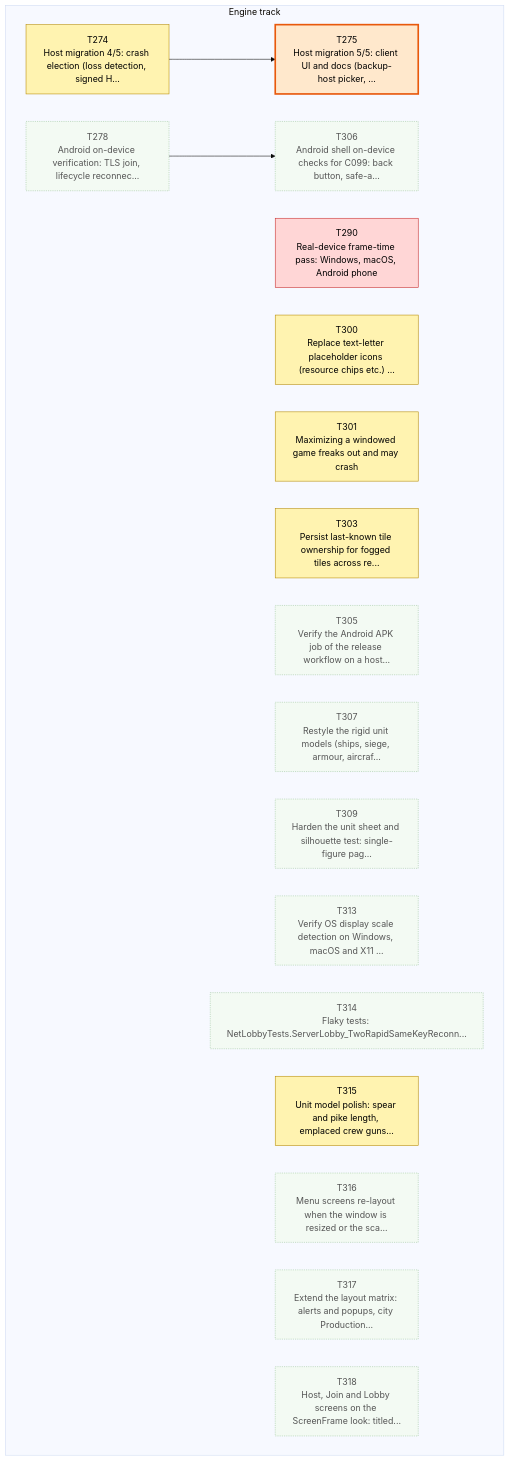
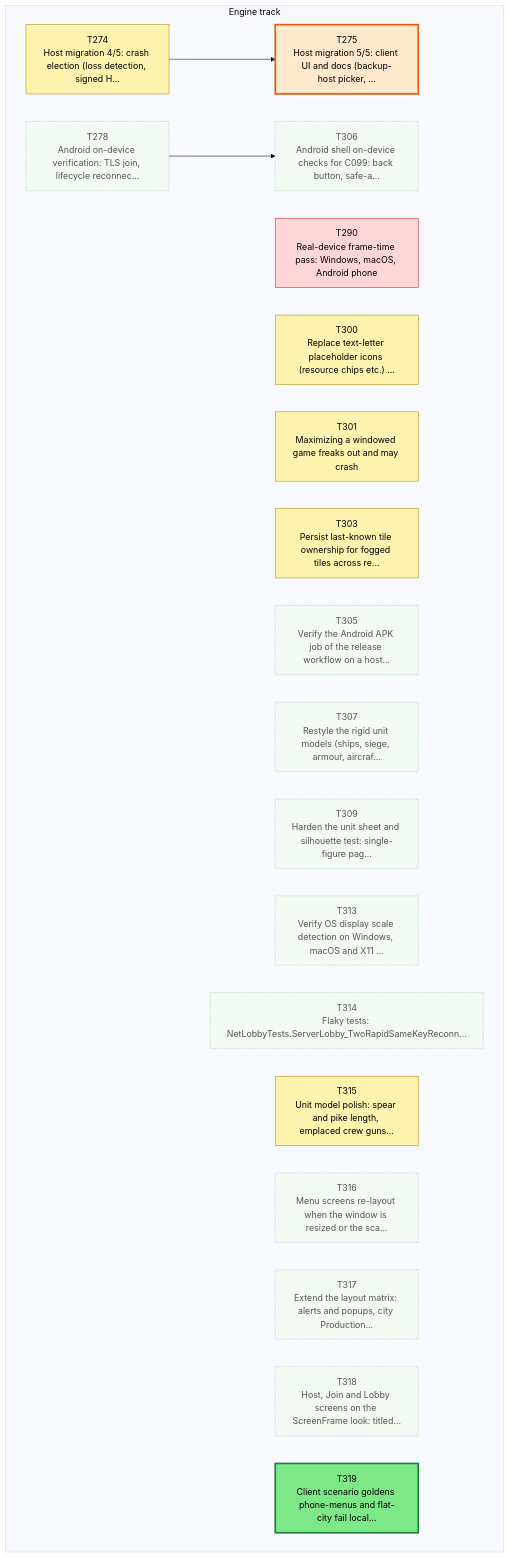
The first of 3 diagrams in csharp/migration/DEPENDENCY_MAP.md (Kenmura/Unciv), drawn with Mermaid (base theme) before and after one commit. The commit also changed other lines of this file and 2 other files, not shown here.

First line of the commit message:
migration: file T319 for the pre-existing phone-menus and flat-city golden failures [Claude]

````diff
--- a/csharp/migration/DEPENDENCY_MAP.md
+++ b/csharp/migration/DEPENDENCY_MAP.md
@@ -35,48 +35,50 @@
 ```mermaid
 flowchart TD
   subgraph TTRACK["Engine track"]
     T274["T274<br/>Host migration 4/5: crash election (loss detection, signed H..."]
     T275["T275<br/>Host migration 5/5: client UI and docs (backup-host picker, ..."]
     T278["T278<br/>Android on-device verification: TLS join, lifecycle reconnec..."]
     T290["T290<br/>Real-device frame-time pass: Windows, macOS, Android phone"]
     T300["T300<br/>Replace text-letter placeholder icons (resource chips etc.) ..."]
     T301["T301<br/>Maximizing a windowed game freaks out and may crash"]
     T303["T303<br/>Persist last-known tile ownership for fogged tiles across re..."]
     T305["T305<br/>Verify the Android APK job of the release workflow on a host..."]
     T306["T306<br/>Android shell on-device checks for C099: back button, safe-a..."]
     T307["T307<br/>Restyle the rigid unit models (ships, siege, armour, aircraf..."]
     T309["T309<br/>Harden the unit sheet and silhouette test: single-figure pag..."]
     T313["T313<br/>Verify OS display scale detection on Windows, macOS and X11 ..."]
     T314["T314<br/>Flaky tests: NetLobbyTests.ServerLobby_TwoRapidSameKeyReconn..."]
     T315["T315<br/>Unit model polish: spear and pike length, emplaced crew guns..."]
     T316["T316<br/>Menu screens re-layout when the window is resized or the sca..."]
     T317["T317<br/>Extend the layout matrix: alerts and popups, city Production..."]
     T318["T318<br/>Host, Join and Lobby screens on the ScreenFrame look: titled..."]
+    T319["T319<br/>Client scenario goldens phone-menus and flat-city fail local..."]
   end
   T274 --> T275
   T278 --> T306
   classDef waiting fill:#f3faf3,stroke:#9bc49b,color:#555,stroke-dasharray:2 2
   classDef ondeck fill:#ffe8cc,stroke:#e8590c,stroke-width:3px,color:#000
   classDef ready fill:#7ee787,stroke:#1a7f37,stroke-width:3px,color:#000
   classDef prog fill:#fff3b0,stroke:#b58900,color:#000
   classDef review fill:#cfe4ff,stroke:#1f6feb,color:#000
   classDef blocked fill:#ffd6d6,stroke:#c62828,color:#000
   classDef done fill:#eeeeee,stroke:#999999,color:#666,stroke-dasharray:4 3
   class T274 prog
   class T275 ondeck
   class T278 waiting
   class T290 blocked
   class T300 prog
   class T301 prog
   class T303 prog
   class T305 waiting
   class T306 waiting
   class T307 waiting
   class T309 waiting
   class T313 waiting
   class T314 waiting
   class T315 prog
   class T316 waiting
   class T317 waiting
   class T318 waiting
+  class T319 ready
 ```
````
